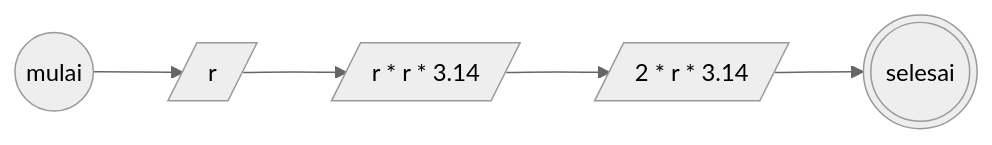
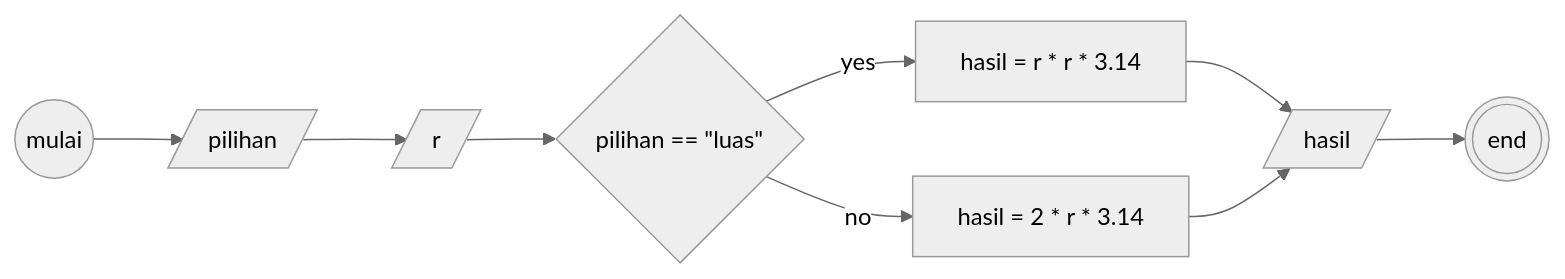
The diagram in README.md (daberpro/koda-b10-javascript1), drawn with Mermaid (neutral theme) before and after one commit. The commit also changed other lines of this file, not shown here.

````diff
--- a/README.md
+++ b/README.md
@@ -10,15 +1,20 @@
 ```mermaid
 
 flowchart LR
     Start((mulai))
-    Input[/r/]
-    Output1_1[/r * r * 3.14/]
-    Output1_2[/2 * r * 3.14/]
-    End(((selesai)))
+    R[/r/]
+    Pilihan[/pilihan/]
+    CekPilihan{"pilihan == #quot;luas#quot;"}
+    HitungLuas[hasil = r * r * 3.14]
+    HitungKeliling[hasil = 2 * r * 3.14]
+    CetakHasil[/hasil/]
+    End(((end)))
 
-    Start --> Input
-    Input --> Output1_1
-    Output1_1 --> Output1_2
-    Output1_2 --> End
-
+    Start --> Pilihan
+    Pilihan --> R
+    R --> CekPilihan
+    CekPilihan --> |yes| HitungLuas
+    CekPilihan --> |no| HitungKeliling
+    HitungLuas & HitungKeliling --> CetakHasil
+    CetakHasil --> End
 ```
````
